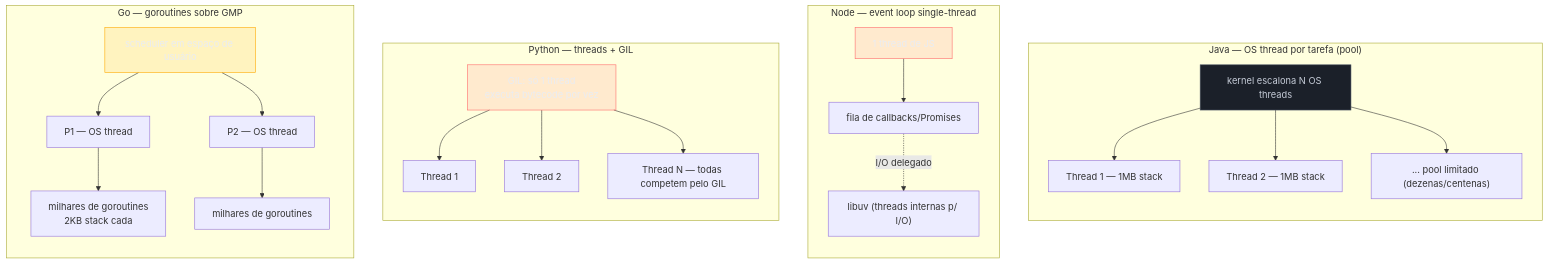
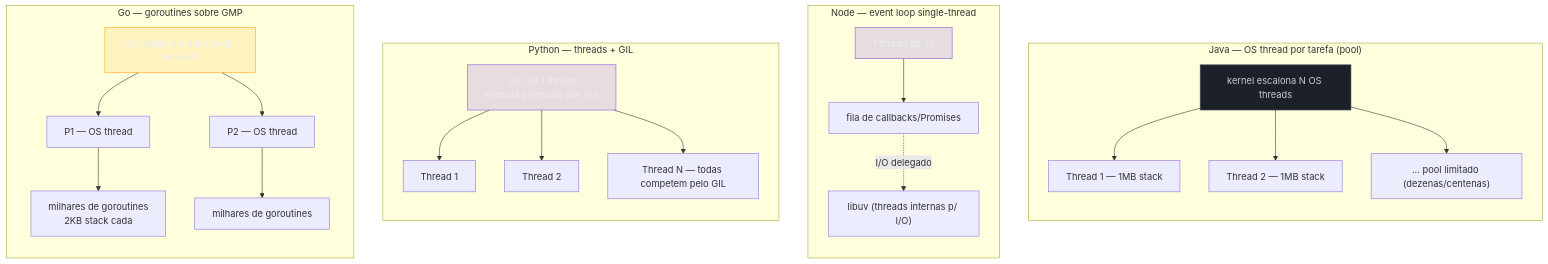
The first of 3 diagrams in 03-Dominios/Tecnologia/Go/07 - Goroutines e o scheduler/06 - Goroutines vs threads, event loop e GIL.md (josenaldo/codex-technomanticus), drawn with Mermaid before and after one commit. The commit also changed other lines of this file and 601 other files, not shown here.

````diff
--- a/03-Dominios/Tecnologia/Go/07 - Goroutines e o scheduler/06 - Goroutines vs threads, event loop e GIL.md
+++ b/03-Dominios/Tecnologia/Go/07 - Goroutines e o scheduler/06 - Goroutines vs threads, event loop e GIL.md
@@ -33,42 +33,42 @@
 ```mermaid
 flowchart TB
+    classDef marca fill:#8855DF33,stroke:#8855DF,color:#E9ECF2
     classDef neutro fill:#1B2029,stroke:#4E5666,color:#C6CCD8
-    classDef falha fill:#FF6B6B24,stroke:#FF6B6B,color:#E9ECF2
     classDef destaque fill:#FFAA0024,stroke:#FFAA00,color:#E9ECF2
     subgraph Java["Java — OS thread por tarefa (pool)"]
         direction TB
         JT["kernel escalona N OS threads"]
         JT --> J1["Thread 1 — 1MB stack"]
         JT --> J2["Thread 2 — 1MB stack"]
         JT --> J3["... pool limitado (dezenas/centenas)"]
     end
 
     subgraph Node["Node — event loop single-thread"]
         direction TB
         NL["1 thread de JS"]
         NL --> NQ["fila de callbacks/Promises"]
         NQ -.->|"I/O delegado"| NLibuv["libuv (threads internas p/ I/O)"]
     end
 
     subgraph Python["Python — threads + GIL"]
         direction TB
         PG["GIL: só 1 thread\nexecuta bytecode por vez"]
         PG --> P1["Thread 1"]
         PG --> P2["Thread 2"]
         PG --> P3["Thread N — todas competem pelo GIL"]
     end
 
     subgraph Go["Go — goroutines sobre GMP"]
         direction TB
         GM["scheduler em espaço de usuário"]
         GM --> GP1["P1 — OS thread"]
         GM --> GP2["P2 — OS thread"]
         GP1 --> GG1["milhares de goroutines\n2KB stack cada"]
         GP2 --> GG2["milhares de goroutines"]
     end
 
     class JT neutro
-    class NL falha
-    class PG falha
+    class NL marca
+    class PG marca
     class GM destaque
 ```
````
